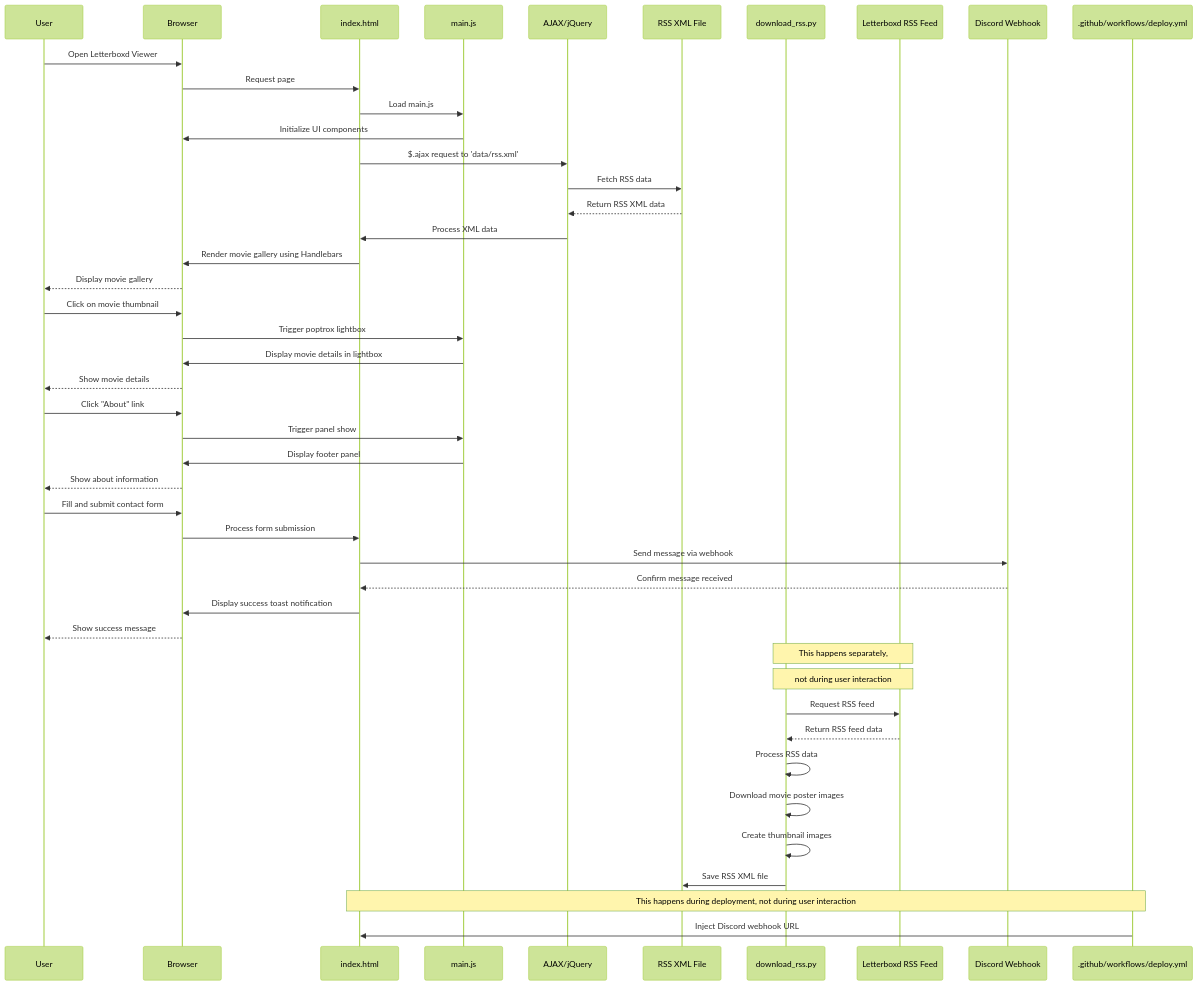
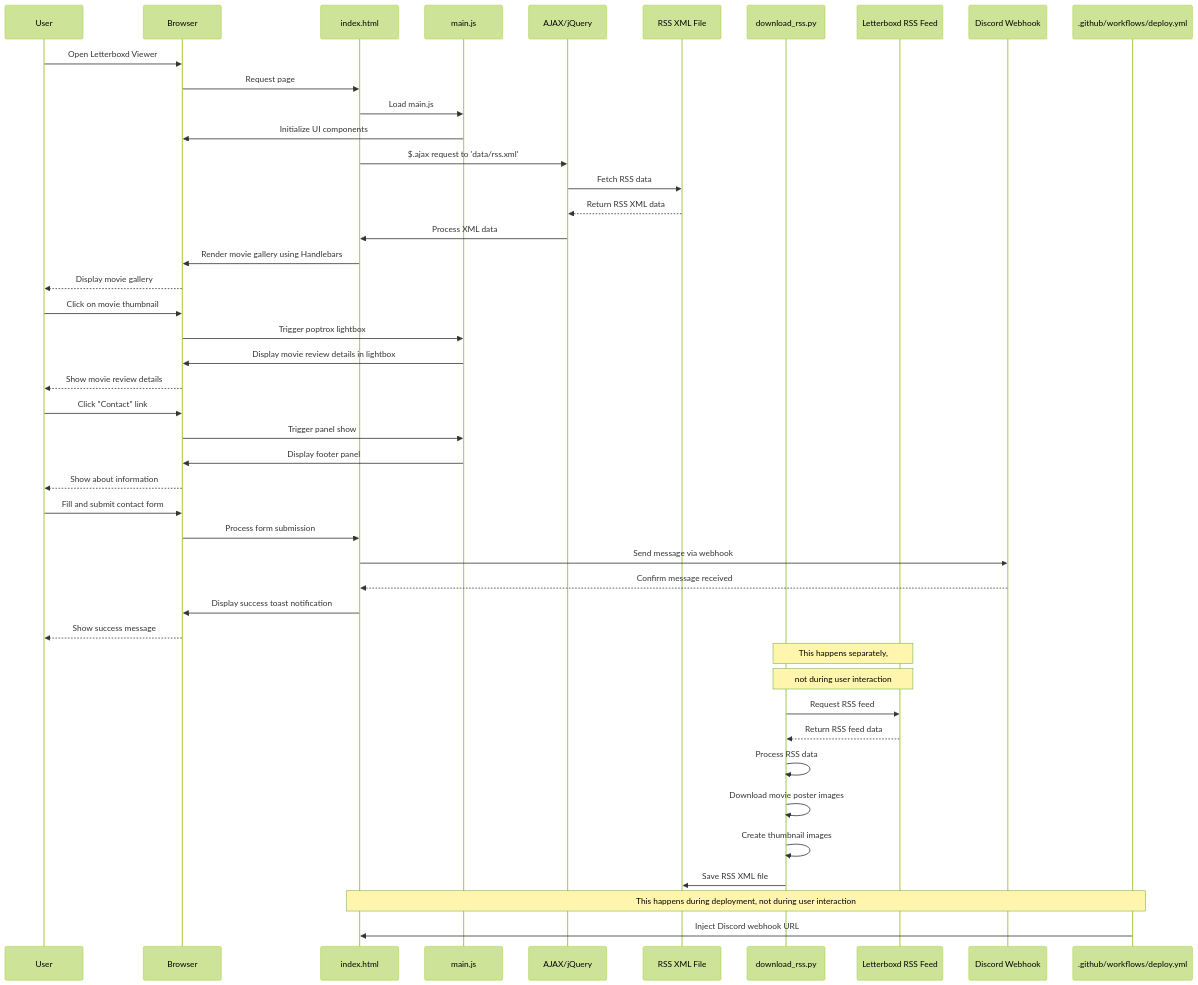
One commit to michaellambgelo/letterboxd-viewer changed the diagram in sequence-diagram.md. Above: the diagram before and after it, drawn with Mermaid (forest theme).

````diff
--- a/sequence-diagram.md
+++ b/sequence-diagram.md
@@ -3,61 +3,61 @@
 ```mermaid
 sequenceDiagram
     participant User
     participant Browser
     participant IndexHTML as index.html
     participant MainJS as main.js
     participant AJAX as AJAX/jQuery
     participant RSS as RSS XML File
     participant Python as download_rss.py
     participant Letterboxd as Letterboxd RSS Feed
     participant Discord as Discord Webhook
     participant InjectWebhook as .github/workflows/deploy.yml
 
     %% Initial page load
     User->>Browser: Open Letterboxd Viewer
     Browser->>IndexHTML: Request page
     IndexHTML->>MainJS: Load main.js
     MainJS->>Browser: Initialize UI components
     
     %% RSS data loading
     IndexHTML->>AJAX: $.ajax request to 'data/rss.xml'
     AJAX->>RSS: Fetch RSS data
     RSS-->>AJAX: Return RSS XML data
     AJAX->>IndexHTML: Process XML data
     IndexHTML->>Browser: Render movie gallery using Handlebars
     Browser-->>User: Display movie gallery
     
     %% User interaction with gallery
     User->>Browser: Click on movie thumbnail
     Browser->>MainJS: Trigger poptrox lightbox
-    MainJS->>Browser: Display movie details in lightbox
-    Browser-->>User: Show movie details
+    MainJS->>Browser: Display movie review details in lightbox
+    Browser-->>User: Show movie review details
     
     %% User interaction with footer
-    User->>Browser: Click "About" link
+    User->>Browser: Click "Contact" link
     Browser->>MainJS: Trigger panel show
     MainJS->>Browser: Display footer panel
     Browser-->>User: Show about information
     
     %% Contact form submission
     User->>Browser: Fill and submit contact form
     Browser->>IndexHTML: Process form submission
     IndexHTML->>Discord: Send message via webhook
     Discord-->>IndexHTML: Confirm message received
     IndexHTML->>Browser: Display success toast notification
     Browser-->>User: Show success message
     
     %% Behind the scenes: RSS download process
     Note over Python,Letterboxd: This happens separately, 
     Note over Python,Letterboxd: not during user interaction
     Python->>Letterboxd: Request RSS feed
     Letterboxd-->>Python: Return RSS feed data
     Python->>Python: Process RSS data
     Python->>Python: Download movie poster images
     Python->>Python: Create thumbnail images
     Python->>RSS: Save RSS XML file
     
     %% Behind the scenes: Webhook injection (during deployment)
     Note over InjectWebhook,IndexHTML: This happens during deployment, not during user interaction
     InjectWebhook->>IndexHTML: Inject Discord webhook URL
 ```
````
